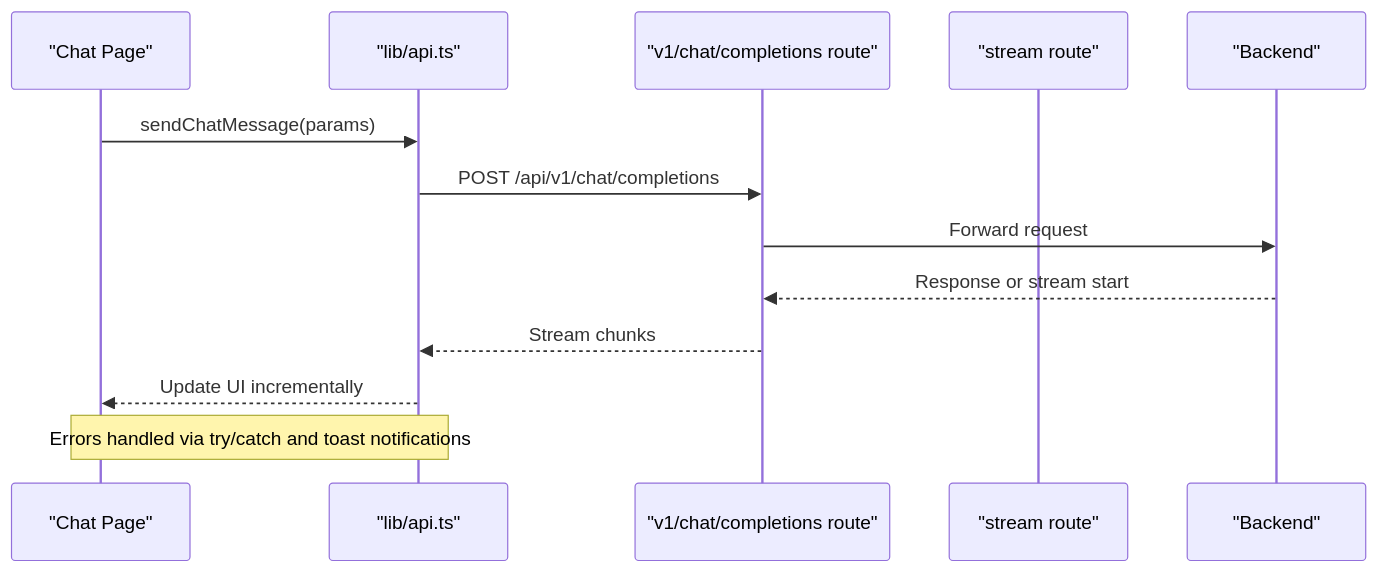
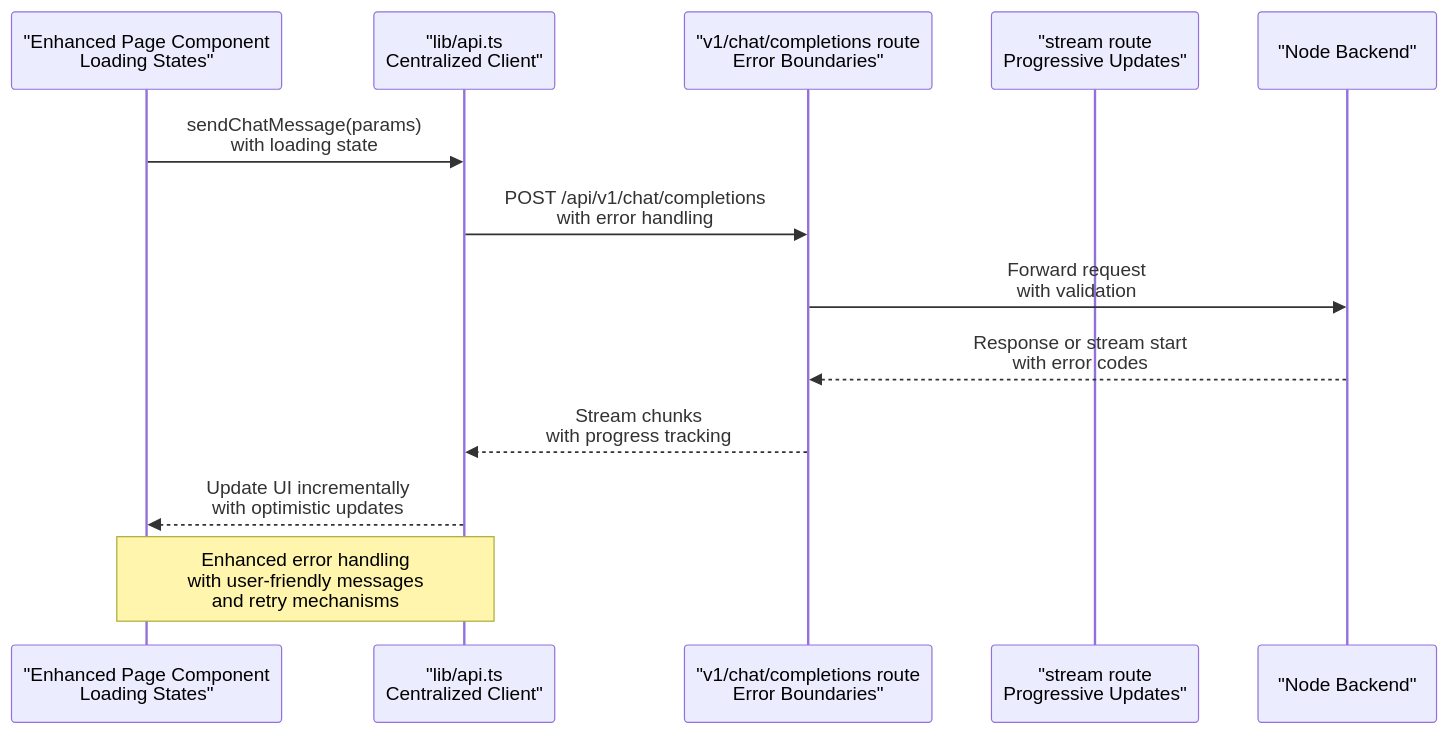
One commit to HassanAmeer/cheaprouter changed the seventh of 9 diagrams in .qoder/repowiki/en/content/Frontend Architecture/Frontend Architecture.md. Above: the diagram before and after it, drawn with Mermaid. The commit also changed other lines of this file and 54 other files, not shown here.

````diff
--- a/.qoder/repowiki/en/content/Frontend Architecture/Frontend Architecture.md
+++ b/.qoder/repowiki/en/content/Frontend Architecture/Frontend Architecture.md
@@ -428,15 +468,15 @@
 ```mermaid
 sequenceDiagram
-participant Page as "Chat Page"
-participant API as "lib/api.ts"
-participant Route as "v1/chat/completions route"
-participant Stream as "stream route"
-participant Backend as "Backend"
-Page->>API : sendChatMessage(params)
-API->>Route : POST /api/v1/chat/completions
-Route->>Backend : Forward request
-Backend-->>Route : Response or stream start
-Route-->>API : Stream chunks
-API-->>Page : Update UI incrementally
-Note over Page,API : Errors handled via try/catch and toast notifications
+participant Page as "Enhanced Page Component<br/>Loading States"
+participant API as "lib/api.ts<br/>Centralized Client"
+participant Route as "v1/chat/completions route<br/>Error Boundaries"
+participant Stream as "stream route<br/>Progressive Updates"
+participant Backend as "Node Backend"
+Page->>API : sendChatMessage(params)<br/>with loading state
+API->>Route : POST /api/v1/chat/completions<br/>with error handling
+Route->>Backend : Forward request<br/>with validation
+Backend-->>Route : Response or stream start<br/>with error codes
+Route-->>API : Stream chunks<br/>with progress tracking
+API-->>Page : Update UI incrementally<br/>with optimistic updates
+Note over Page,API : Enhanced error handling<br/>with user-friendly messages<br/>and retry mechanisms
 ```
````
